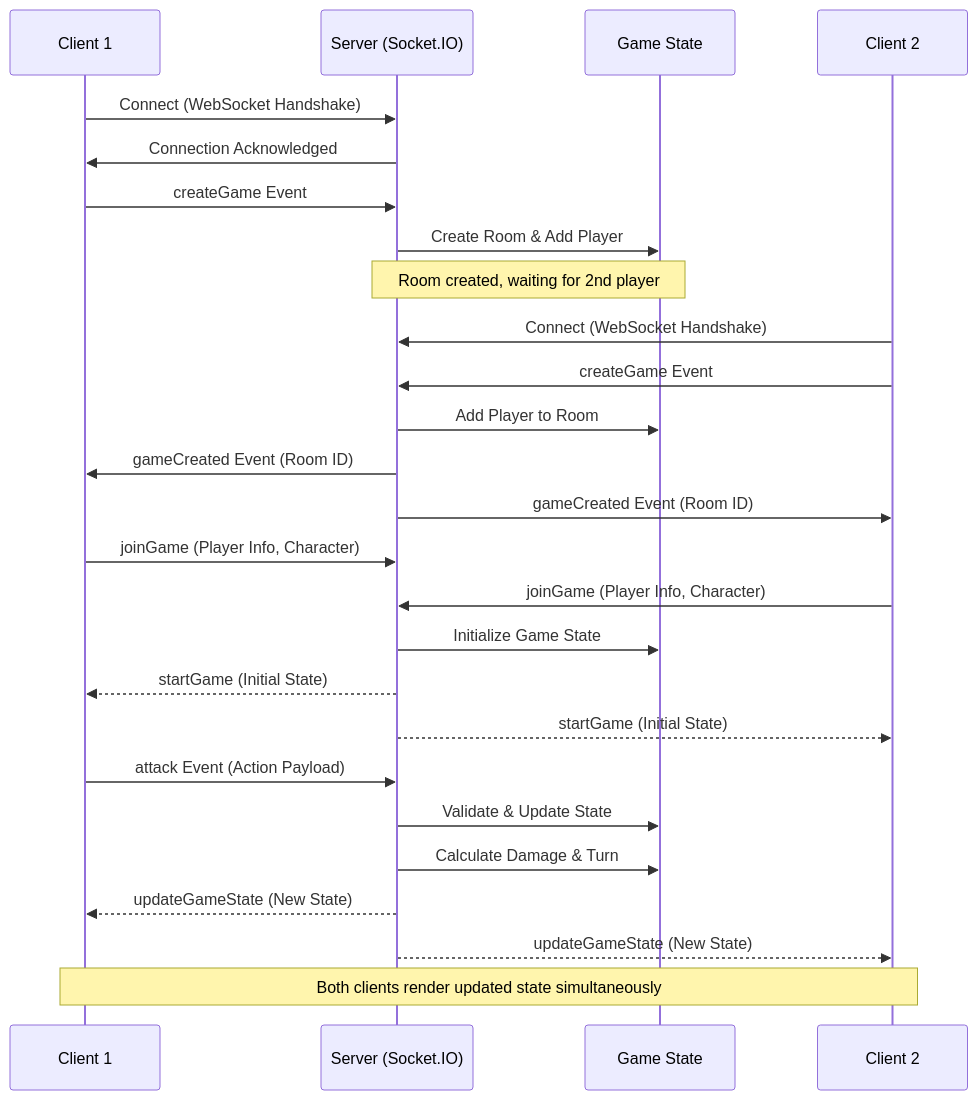
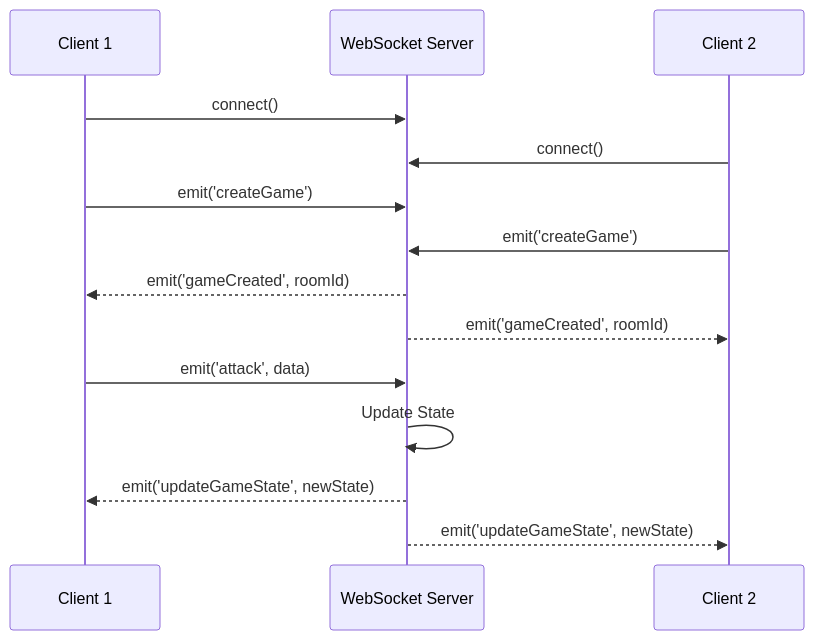
One commit to Gh0stbasta/bloodKatana changed the diagram in README.md. Above: the diagram before and after it, drawn with Mermaid. The commit also changed other lines of this file, not shown here.

Commit message:
Condense README to focus on WebSocket technology

````diff
--- a/README.md
+++ b/README.md
@@ -59,37 +19,19 @@
 ```mermaid
 sequenceDiagram
     participant C1 as Client 1
-    participant S as Server (Socket.IO)
-    participant GS as Game State
+    participant WS as WebSocket Server
     participant C2 as Client 2
 
-    C1->>S: Connect (WebSocket Handshake)
-    S->>C1: Connection Acknowledged
+    C1->>WS: connect()
+    C2->>WS: connect()
     
-    C1->>S: createGame Event
-    S->>GS: Create Room & Add Player
-    Note over S,GS: Room created, waiting for 2nd player
+    C1->>WS: emit('createGame')
+    C2->>WS: emit('createGame')
+    WS-->>C1: emit('gameCreated', roomId)
+    WS-->>C2: emit('gameCreated', roomId)
     
-    C2->>S: Connect (WebSocket Handshake)
-    C2->>S: createGame Event
-    S->>GS: Add Player to Room
-    
-    S->>C1: gameCreated Event (Room ID)
-    S->>C2: gameCreated Event (Room ID)
-    
-    C1->>S: joinGame (Player Info, Character)
-    C2->>S: joinGame (Player Info, Character)
-    S->>GS: Initialize Game State
-    
-    S-->>C1: startGame (Initial State)
-    S-->>C2: startGame (Initial State)
-    
-    C1->>S: attack Event (Action Payload)
-    S->>GS: Validate & Update State
-    S->>GS: Calculate Damage & Turn
-    
-    S-->>C1: updateGameState (New State)
-    S-->>C2: updateGameState (New State)
-    
-    Note over C1,C2: Both clients render updated state simultaneously
+    C1->>WS: emit('attack', data)
+    WS->>WS: Update State
+    WS-->>C1: emit('updateGameState', newState)
+    WS-->>C2: emit('updateGameState', newState)
 ```
````
